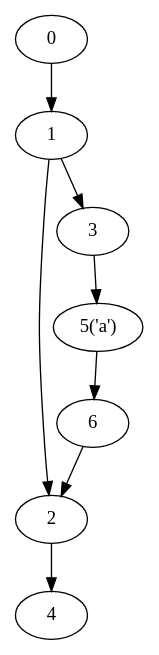
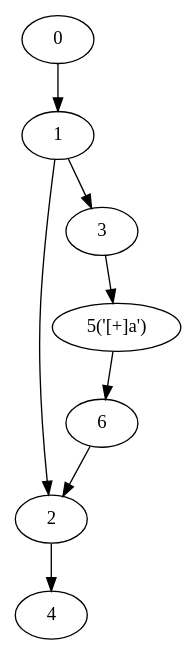
One commit to yyl-20020115/NRegEx changed the diagram in NRegex.Test/Graphs/TestMethod04.dot. Above: the diagram before and after it, drawn with Graphviz. The commit also changed 27 other files, not shown here.

```diff
--- a/NRegex.Test/Graphs/TestMethod04.dot
+++ b/NRegex.Test/Graphs/TestMethod04.dot
@@ -1,16 +1,16 @@
 digraph g {
 	0 ;
 	1 ;
 	2 ;
 	3 ;
 	4 ;
-	5 [label="5('a')"];
+	5 [label="5('[+]a')"];
 	6 ;
 	0->1;
 	1->2;
 	6->2;
 	1->3;
 	2->4;
 	3->5;
 	5->6;
 }
```
